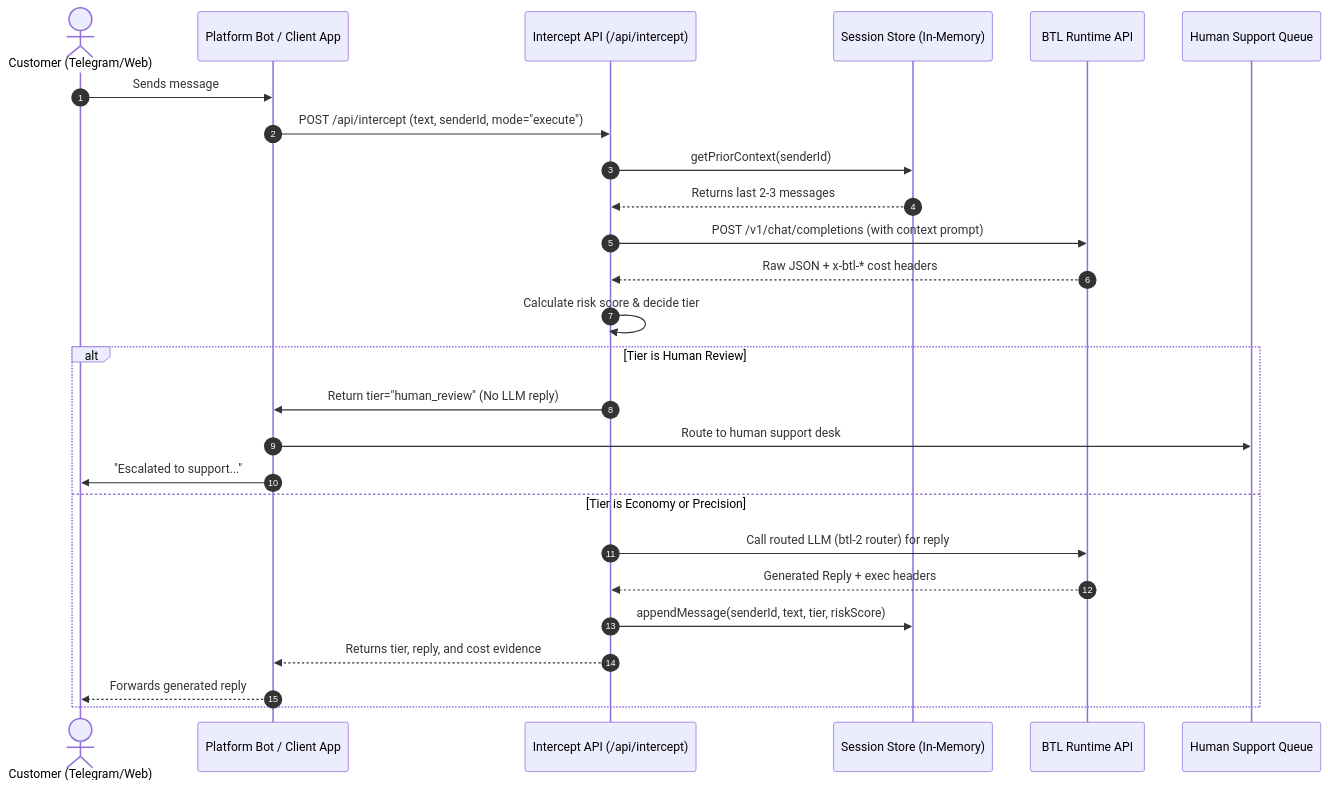
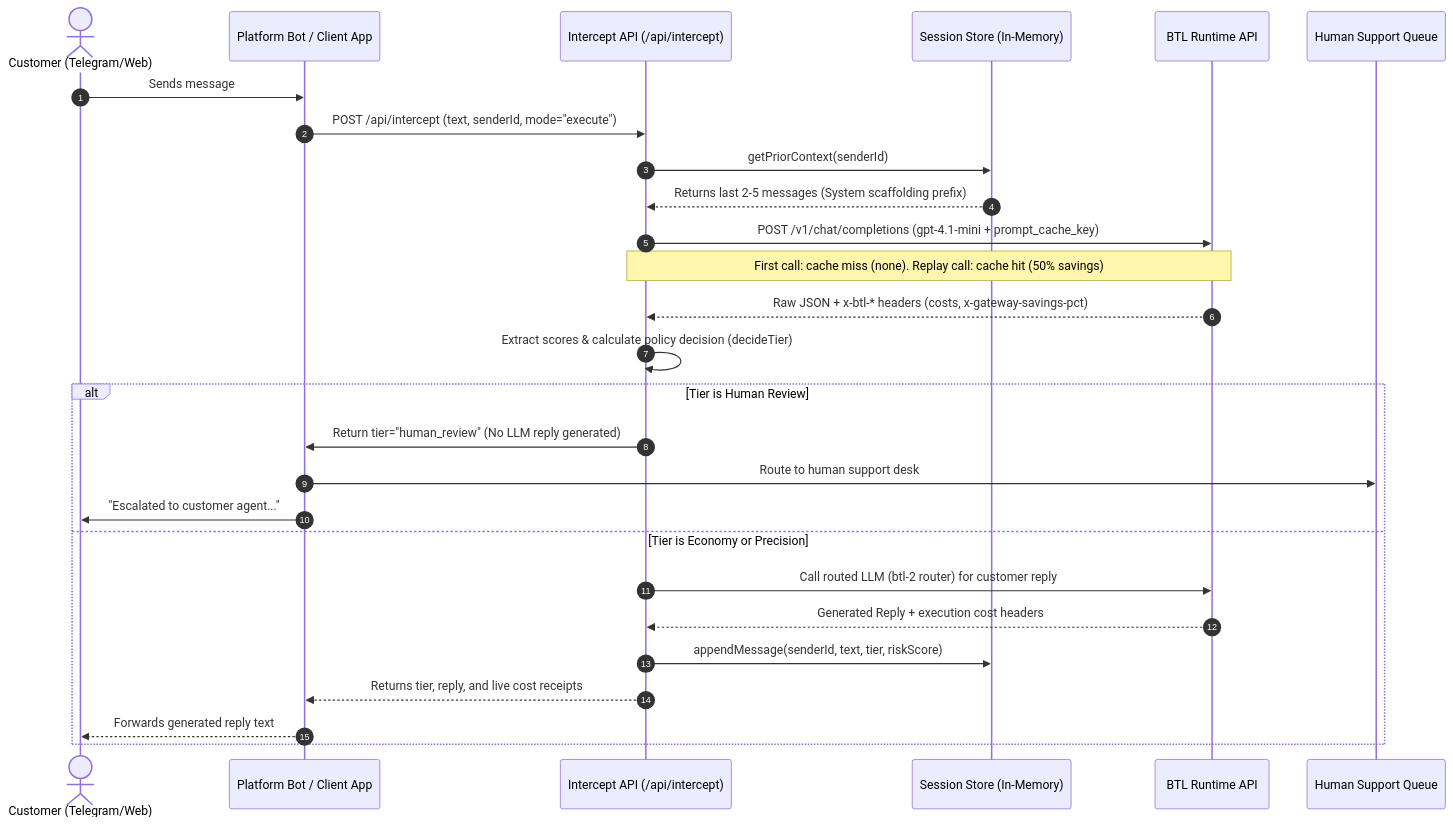
Before and after one commit to Xconmax245/Dispatch: the diagram in README.md, drawn with Mermaid. The commit also changed other lines of this file and 1 other file, not shown here.

Commit message:
docs: grossly overexplain caching math, playground logic, and context routing details

````diff
--- a/README.md
+++ b/README.md
@@ -25,30 +28,31 @@
 ```mermaid
 sequenceDiagram
     autonumber
     actor Customer as Customer (Telegram/Web)
     participant Bot as Platform Bot / Client App
     participant Intercept as Intercept API (/api/intercept)
     participant Store as Session Store (In-Memory)
     participant BTL as BTL Runtime API
     participant Human as Human Support Queue
 
     Customer->>Bot: Sends message
     Bot->>Intercept: POST /api/intercept (text, senderId, mode="execute")
     Intercept->>Store: getPriorContext(senderId)
-    Store-->>Intercept: Returns last 2-3 messages
-    Intercept->>BTL: POST /v1/chat/completions (with context prompt)
-    BTL-->>Intercept: Raw JSON + x-btl-* cost headers
-    Intercept->>Intercept: Calculate risk score & decide tier
+    Store-->>Intercept: Returns last 2-5 messages (System scaffolding prefix)
+    Intercept->>BTL: POST /v1/chat/completions (gpt-4.1-mini + prompt_cache_key)
+    Note over Intercept,BTL: First call: cache miss (none). Replay call: cache hit (50% savings)
+    BTL-->>Intercept: Raw JSON + x-btl-* headers (costs, x-gateway-savings-pct)
+    Intercept->>Intercept: Extract scores & calculate policy decision (decideTier)
     
     alt Tier is Human Review
-        Intercept->>Bot: Return tier="human_review" (No LLM reply)
+        Intercept->>Bot: Return tier="human_review" (No LLM reply generated)
         Bot->>Human: Route to human support desk
-        Bot->>Customer: "Escalated to support..."
+        Bot->>Customer: "Escalated to customer agent..."
     else Tier is Economy or Precision
-        Intercept->>BTL: Call routed LLM (btl-2 router) for reply
-        BTL-->>Intercept: Generated Reply + exec headers
+        Intercept->>BTL: Call routed LLM (btl-2 router) for customer reply
+        BTL-->>Intercept: Generated Reply + execution cost headers
         Intercept->>Store: appendMessage(senderId, text, tier, riskScore)
-        Intercept-->>Bot: Returns tier, reply, and cost evidence
-        Bot-->>Customer: Forwards generated reply
+        Intercept-->>Bot: Returns tier, reply, and live cost receipts
+        Bot-->>Customer: Forwards generated reply text
     end
 ```
````
